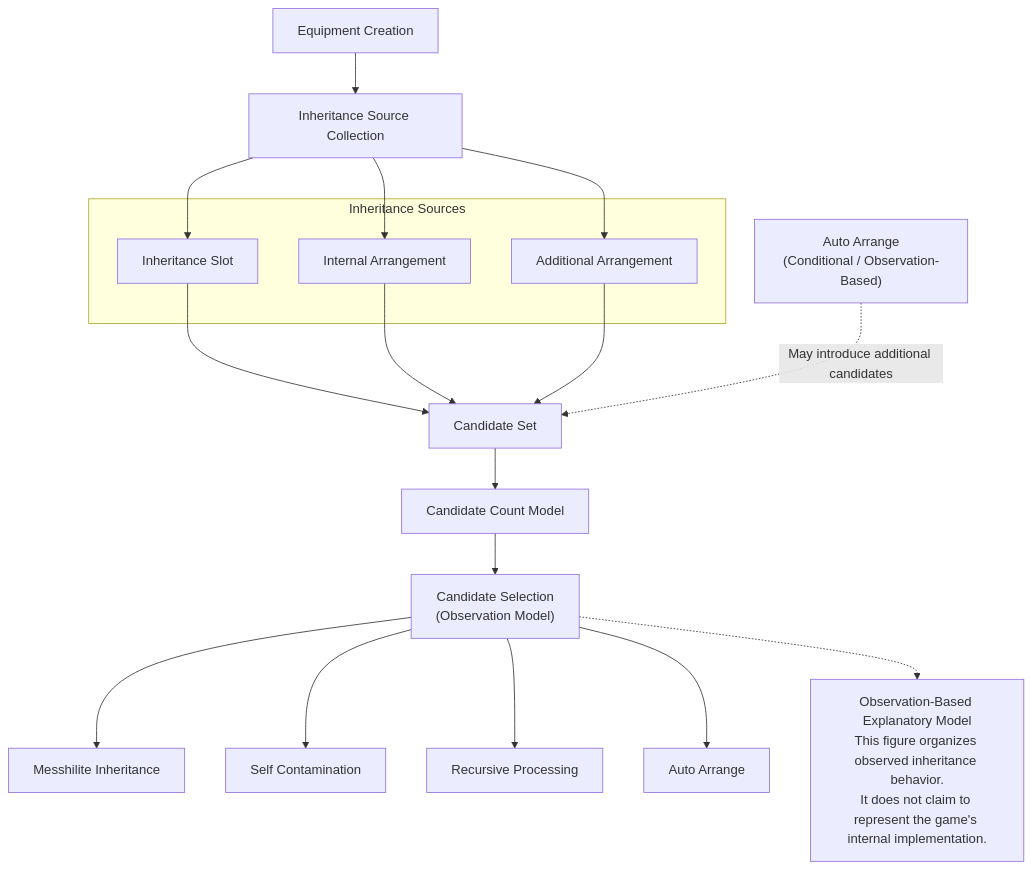
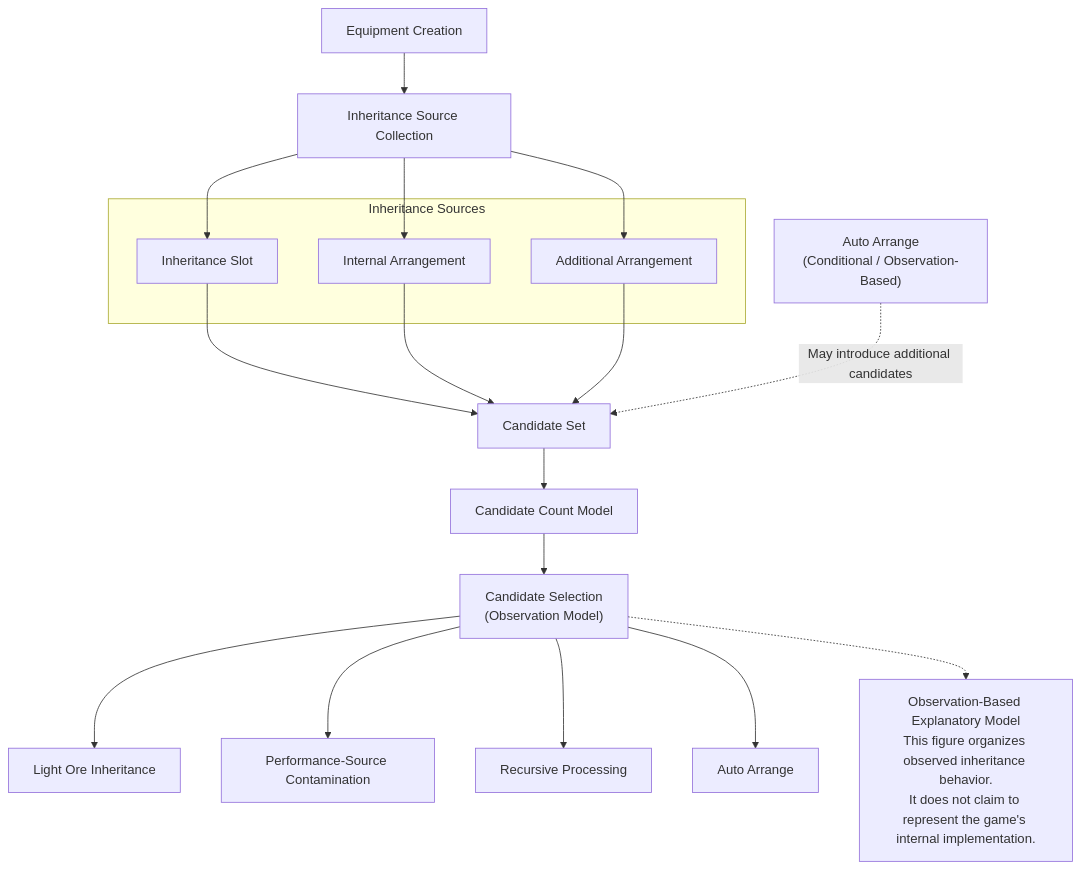
The diagram in articles/Candidate-Count-Model.md (j13343sh/Rune-Factory-Inheritance-Research), drawn with Mermaid before and after one commit. The commit also changed other lines of this file and 3 other files, not shown here.

````diff
--- a/articles/Candidate-Count-Model.md
+++ b/articles/Candidate-Count-Model.md
@@ -15,41 +15,41 @@
 ```mermaid
 flowchart TB
 
 %% =========================================================
 %% Equipment Inheritance Observation Model
 %% =========================================================
 
 EC["Equipment Creation"]
 EC --> IC["Inheritance Source Collection"]
 
 subgraph Sources["Inheritance Sources"]
     IS["Inheritance Slot"]
     IA["Internal Arrangement"]
     AA["Additional Arrangement"]
 end
 
 IC --> IS
 IC --> IA
 IC --> AA
 
 IS --> CS
 IA --> CS
 AA --> CS
 
 AUTO["Auto Arrange<br/>(Conditional / Observation-Based)"]
 
 AUTO -. May introduce additional candidates .-> CS
 
 CS["Candidate Set"]
 CS --> CCM["Candidate Count Model"]
 CCM --> SEL["Candidate Selection<br/>(Observation Model)"]
 
-SEL --> M["Messhilite Inheritance"]
-SEL --> SP["Self Contamination"]
+SEL --> M["Light Ore Inheritance"]
+SEL --> SP["Performance-Source Contamination"]
 SEL --> RP["Recursive Processing"]
 SEL --> AR["Auto Arrange"]
 
 NOTE["Observation-Based Explanatory Model<br/>This figure organizes observed inheritance behavior.<br/>It does not claim to represent the game's internal implementation."]
 
 SEL -.-> NOTE
 ```
````
